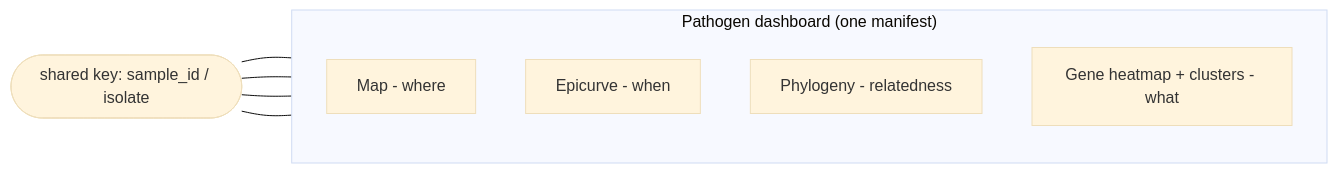
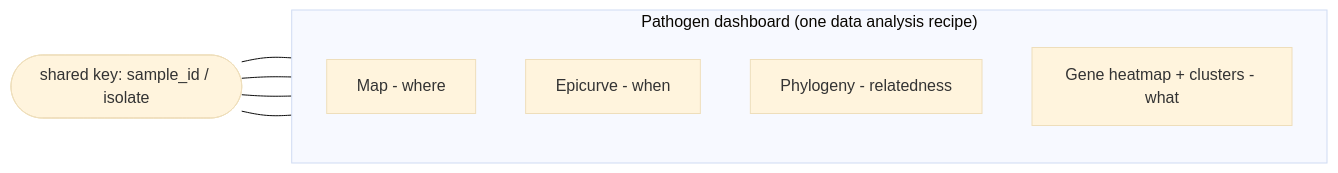
The second of 2 diagrams in .claude/design/feature_extension/composite_dashboard_home2.md (evezeyl/SPARMVET_VIZ), drawn with Mermaid (base theme) before and after one commit. The commit also changed other lines of this file and 647 other files, not shown here.

First line of the commit message:
refactor(config): rename manifest to data analysis recipe in code, files and docs

````diff
--- a/.claude/design/feature_extension/composite_dashboard_home2.md
+++ b/.claude/design/feature_extension/composite_dashboard_home2.md
@@ -85,12 +85,12 @@
 ```mermaid
 flowchart LR
   KEY([shared key: sample_id / isolate])
-  subgraph DASH["Pathogen dashboard (one manifest)"]
+  subgraph DASH["Pathogen dashboard (one data analysis recipe)"]
     direction TB
     MAP[Map - where]
     EPI[Epicurve - when]
     TREE[Phylogeny - relatedness]
     HEAT[Gene heatmap + clusters - what]
   end
   KEY --- MAP & EPI & TREE & HEAT
 ```
````
